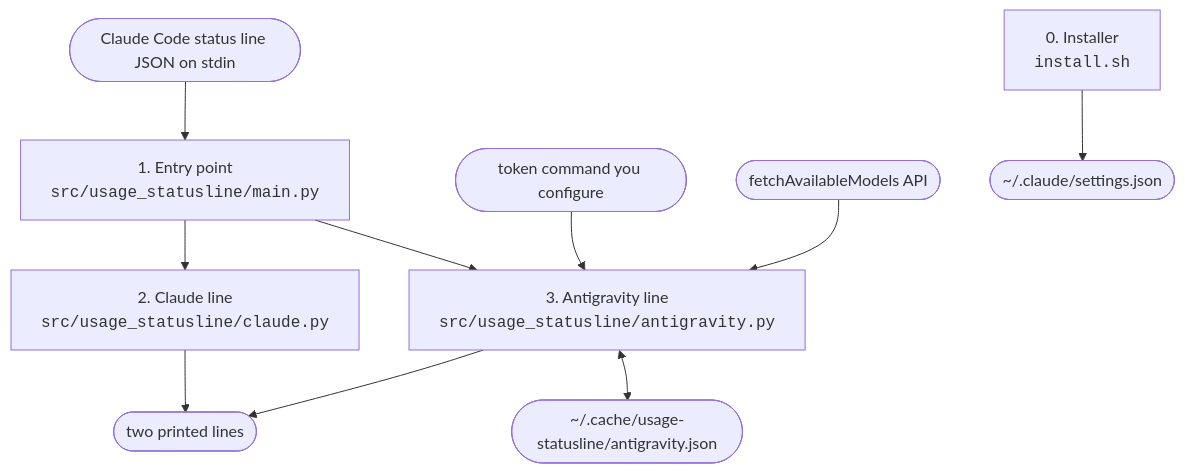
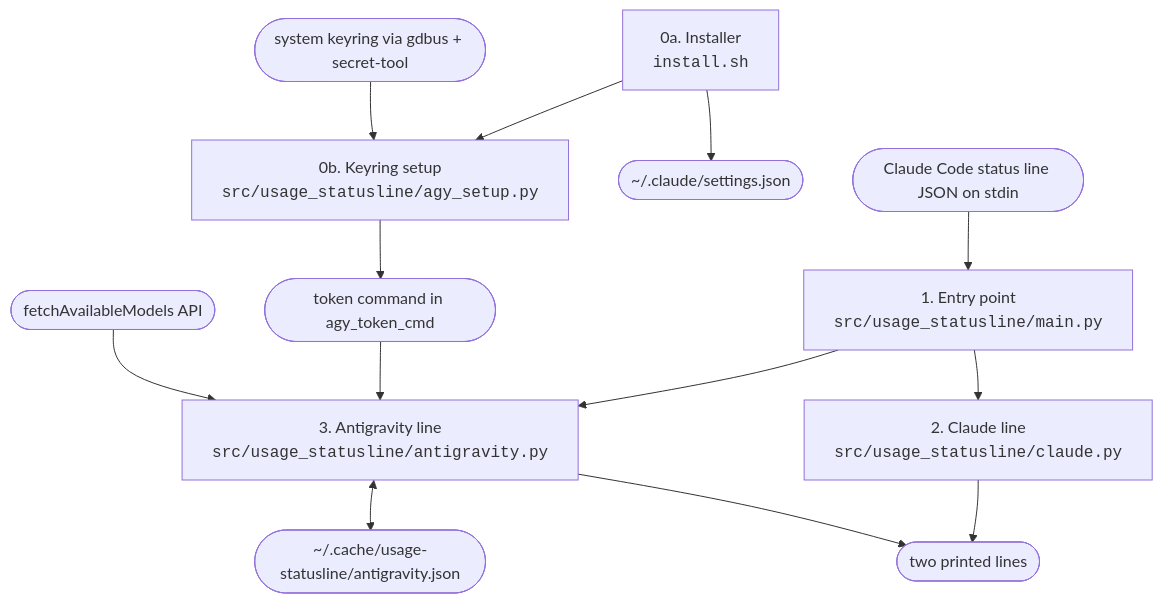
Before and after one commit to mlemes/quotaline: the first of 2 diagrams in docs/ARCHITECTURE.md, drawn with Mermaid. The commit also changed other lines of this file and 7 other files, not shown here.

Commit message:
usage-statusline: install.sh finds the agy keyring entry for the Antigravity line

````diff
--- a/docs/ARCHITECTURE.md
+++ b/docs/ARCHITECTURE.md
@@ -12,12 +12,15 @@
 ```mermaid
 flowchart TB
     cc([Claude Code status line JSON on stdin]) --> main["1. Entry point<br/><code>src/usage_statusline/main.py</code>"]
     main --> claude["2. Claude line<br/><code>src/usage_statusline/claude.py</code>"]
     main --> ag["3. Antigravity line<br/><code>src/usage_statusline/antigravity.py</code>"]
-    tok([token command you configure]) --> ag
+    tok([token command in agy_token_cmd]) --> ag
     api([fetchAvailableModels API]) --> ag
     ag <--> cache([~/.cache/usage-statusline/antigravity.json])
     claude --> out([two printed lines])
     ag --> out
-    inst["0. Installer<br/><code>install.sh</code>"] --> settings([~/.claude/settings.json])
+    inst["0a. Installer<br/><code>install.sh</code>"] --> settings([~/.claude/settings.json])
+    inst --> setup["0b. Keyring setup<br/><code>src/usage_statusline/agy_setup.py</code>"]
+    keyring([system keyring via gdbus + secret-tool]) --> setup
+    setup --> tok
 ```
````
